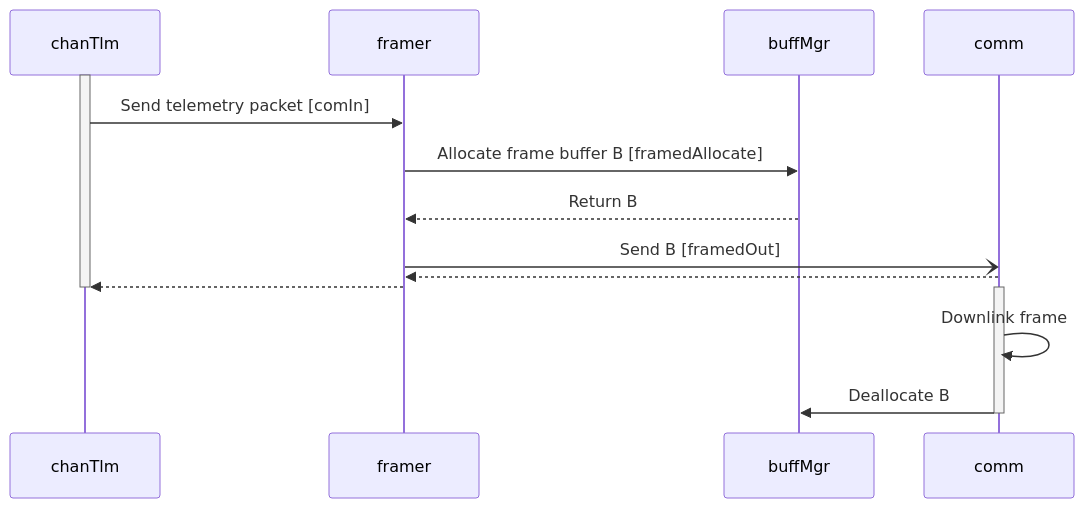
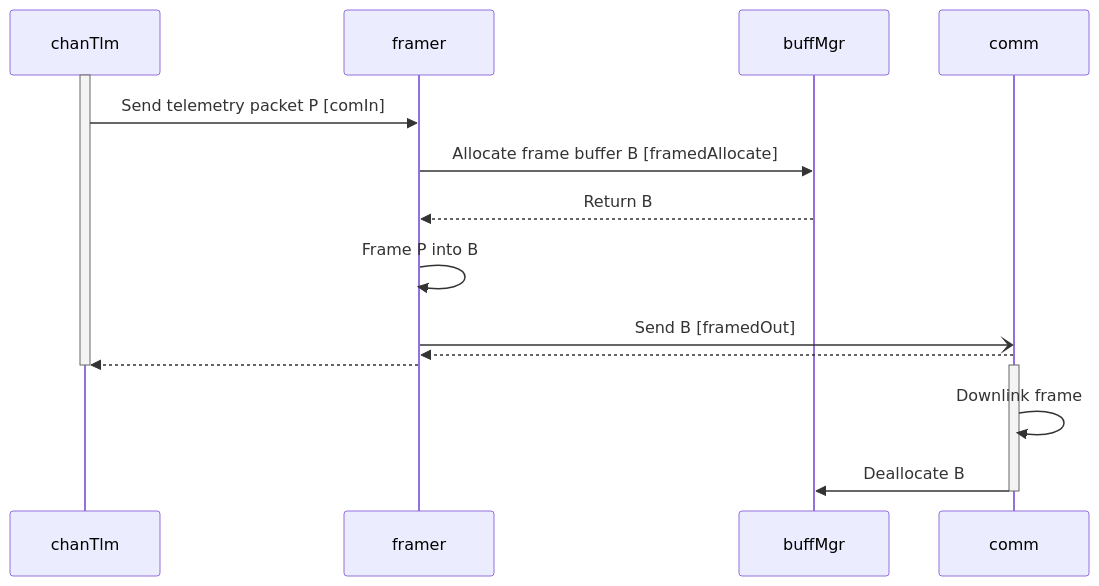
The second of 2 diagrams in Svc/Framer/docs/sdd.md (nasa/fprime), drawn with Mermaid before and after one commit.

Commit message:
Revise Framer SDD

````diff
--- a/Svc/Framer/docs/sdd.md
+++ b/Svc/Framer/docs/sdd.md
@@ -238,16 +238,17 @@
 ```mermaid
 sequenceDiagram
     activate chanTlm
-    chanTlm->>framer: Send telemetry packet [comIn]
+    chanTlm->>framer: Send telemetry packet P [comIn]
     framer->>buffMgr: Allocate frame buffer B [framedAllocate]
     buffMgr-->>framer: Return B
+    framer->>framer: Frame P into B
     framer-)comm: Send B [framedOut]
     comm-->>framer: 
     framer-->>chanTlm: 
     deactivate chanTlm
 
     activate comm
     comm->>comm: Downlink frame
     comm->>buffMgr: Deallocate B
     deactivate comm
 ```
````
